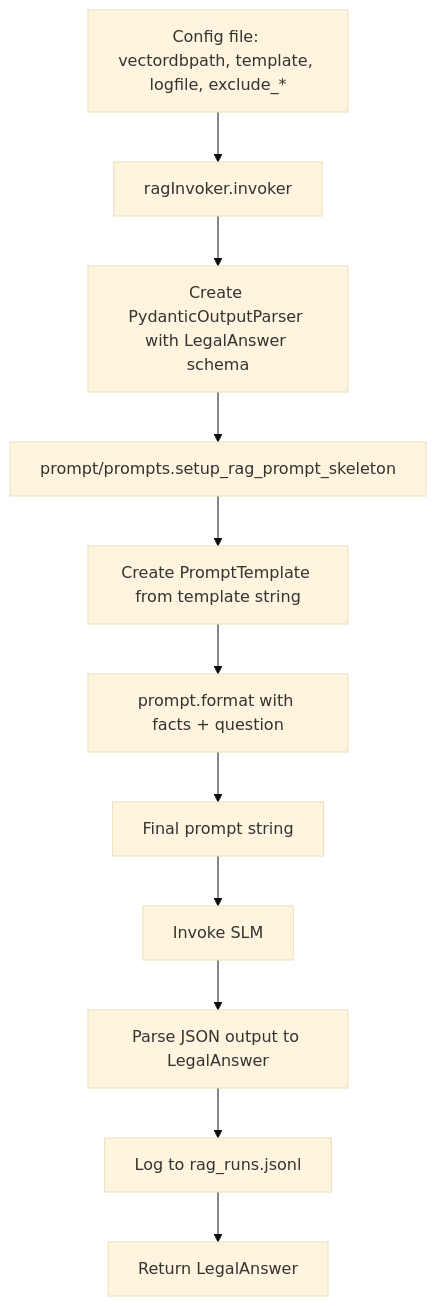
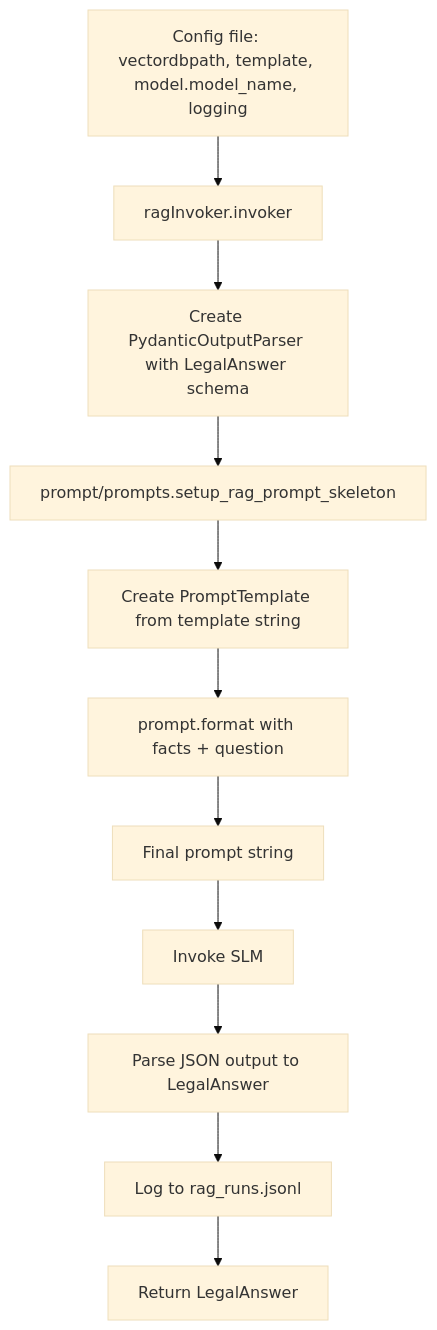
Before and after one commit to prasenjitb-cloud/legalos: the diagram in chatbot/legalos_rag/README.md, drawn with Mermaid (base theme). The commit also changed other lines of this file and 4 other files, not shown here.

Commit message:
Refactor configuration structure to include model name and logging settings.

````diff
--- a/chatbot/legalos_rag/README.md
+++ b/chatbot/legalos_rag/README.md
@@ -143,13 +144,13 @@
 ```mermaid
 flowchart TD
-    A[Config file: vectordbpath, template, logfile, exclude_*] --> B[ragInvoker.invoker]
+    A[Config file: vectordbpath, template, model.model_name, logging] --> B[ragInvoker.invoker]
     B --> C[Create PydanticOutputParser with LegalAnswer schema]
     C --> D[prompt/prompts.setup_rag_prompt_skeleton]
     D --> E[Create PromptTemplate from template string]
     E --> F[prompt.format with facts + question]
     F --> G[Final prompt string]
     G --> H[Invoke SLM]
     H --> I[Parse JSON output to LegalAnswer]
     I --> J[Log to rag_runs.jsonl]
     J --> K[Return LegalAnswer]
 ```
````
